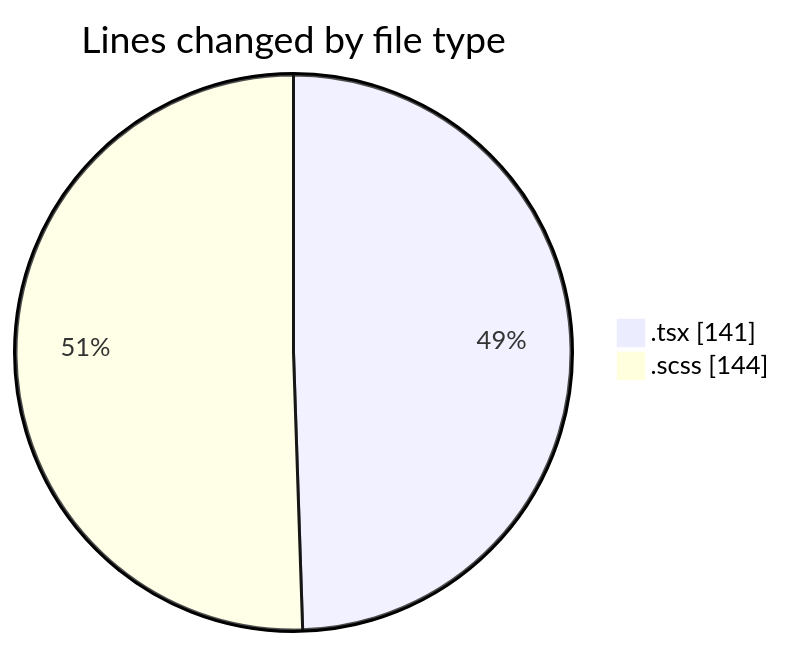
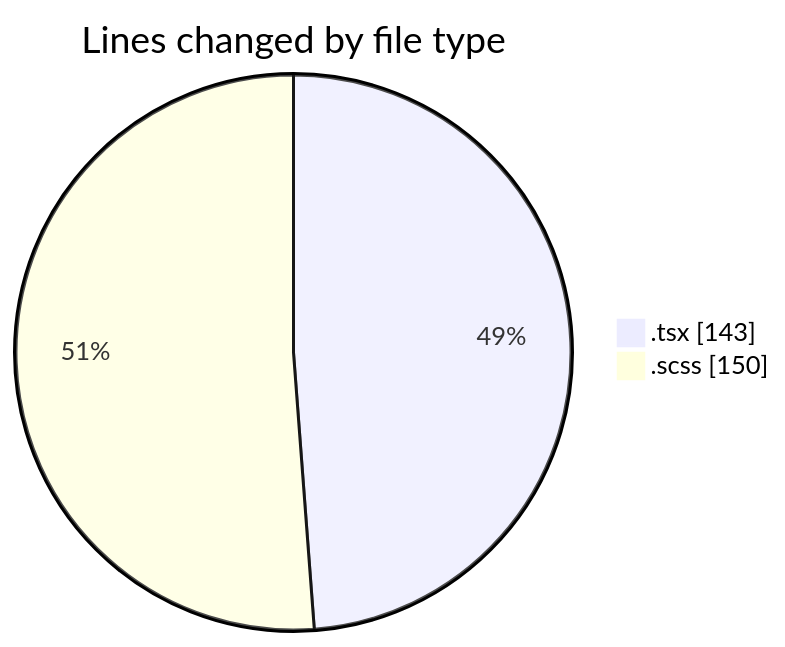
The first of 2 diagrams in 2025-03-27/cda/README.md (momahboobian/code-tracking), drawn with Mermaid before and after one commit. The commit also changed other lines of this file and 1 other file, not shown here.

````diff
--- a/2025-03-27/cda/README.md
+++ b/2025-03-27/cda/README.md
@@ -21,6 +21,6 @@
 ```mermaid
 pie showData
 title Lines changed by file type
-".tsx" : 141
-".scss" : 144
+".tsx" : 143
+".scss" : 150
 ```
````
